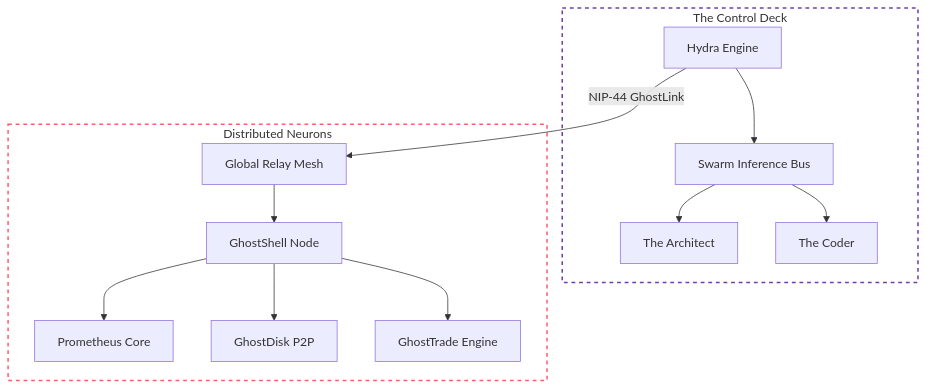
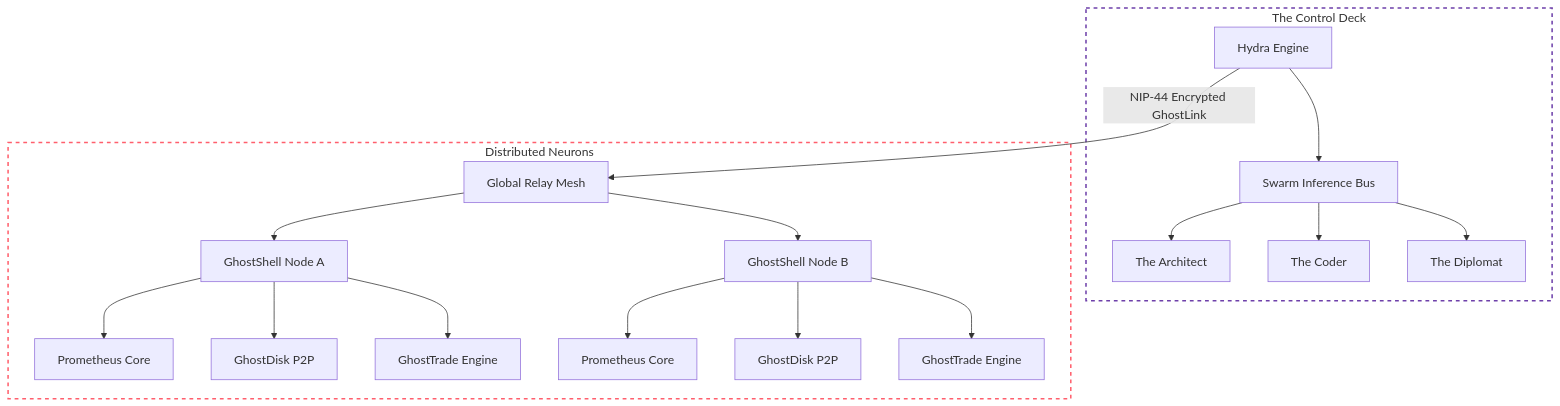
One commit to web3coderman-dev/ghostnet-protocol changed the first of 2 diagrams in README.md. Above: the diagram before and after it, drawn with Mermaid. The commit also changed other lines of this file, not shown here.

Commit message:
⌬ Hydra Engine: README v2.5 - Comprehensive reconciliation of Five Pillars with full technical specs and visual diagrams

````diff
--- a/README.md
+++ b/README.md
@@ -8,20 +14,26 @@
 ```mermaid
 graph TD
     subgraph BRAIN [The Control Deck]
     H[Hydra Engine] --> S[Swarm Inference Bus]
     S --> A[The Architect]
     S --> C[The Coder]
+    S --> D[The Diplomat]
     end
 
-    H -->|NIP-44 GhostLink| G[Global Relay Mesh]
+    H -->|NIP-44 Encrypted GhostLink| G[Global Relay Mesh]
 
     subgraph BODY [Distributed Neurons]
-    G --> GS[GhostShell Node]
-    GS --> P[Prometheus Core]
-    GS --> GD[GhostDisk P2P]
-    GS --> GT[GhostTrade Engine]
+    G --> GS1[GhostShell Node A]
+    G --> GS2[GhostShell Node B]
+    GS1 --> P1[Prometheus Core]
+    GS1 --> GD1[GhostDisk P2P]
+    GS1 --> GT1[GhostTrade Engine]
+    GS2 --> P2[Prometheus Core]
+    GS2 --> GD2[GhostDisk P2P]
+    GS2 --> GT2[GhostTrade Engine]
     end
 
+    %% Transparency and Modern Styling for GitHub Light/Dark modes
     style BRAIN fill:none,stroke:#6e40aa,stroke-width:2px,stroke-dasharray: 5 5
     style BODY fill:none,stroke:#ff5f6d,stroke-width:2px,stroke-dasharray: 5 5
 ```
````
